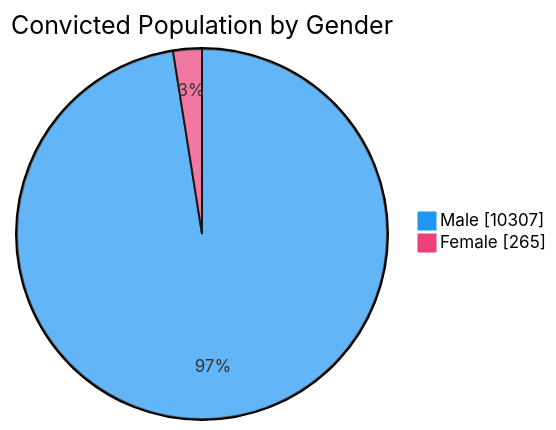
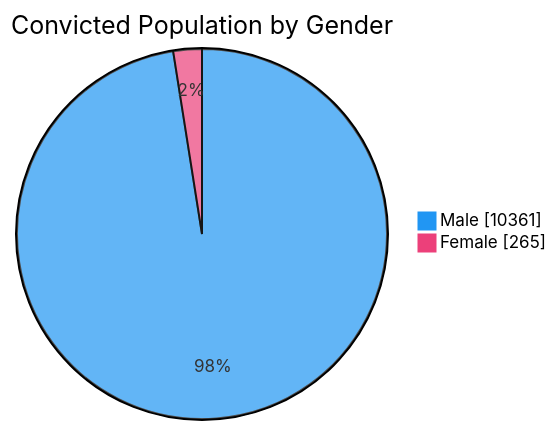
One commit to nuuuwan/lk_prisons changed the third of 7 diagrams in README.md. Above: the diagram before and after it, drawn with Mermaid. The commit also changed other lines of this file and 1 other file, not shown here.

````diff
--- a/README.md
+++ b/README.md
@@ -65,6 +65,6 @@
 ```mermaid
 %%{init: {'themeVariables': {'pie1': '#2196F3', 'pie2': '#EC407A'}}}%%
 pie showData title Convicted Population by Gender
-    "Male" : 10307
+    "Male" : 10361
     "Female" : 265
 ```
````
